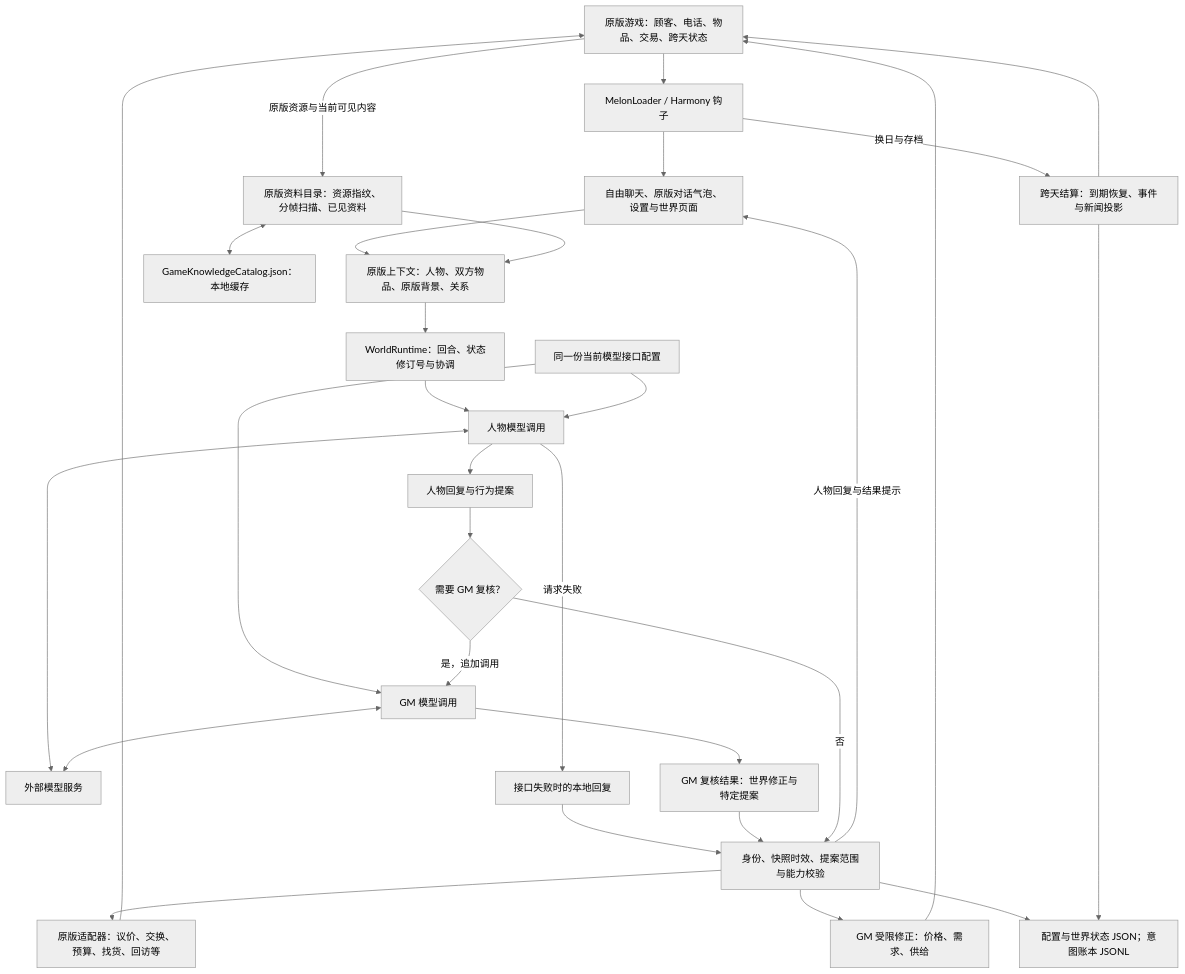
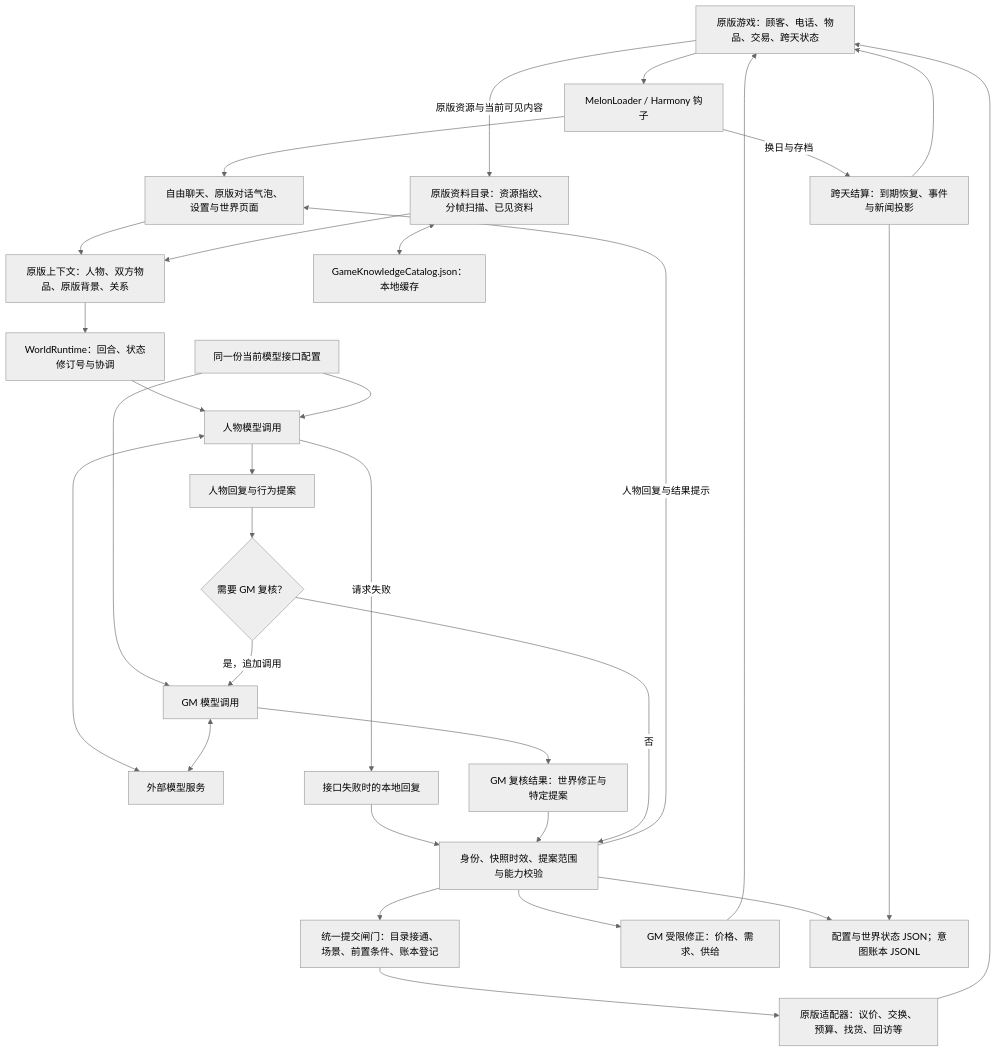
Before and after one commit to Codesoulme/shenkongdangpuMOD: the diagram in docs/Architecture_zh-CN.md, drawn with Mermaid (neutral theme). The commit also changed other lines of this file and 8 other files, not shown here.

````diff
--- a/docs/Architecture_zh-CN.md
+++ b/docs/Architecture_zh-CN.md
@@ -5,42 +5,43 @@
 ```mermaid
 flowchart TD
     GAME["原版游戏：顾客、电话、物品、交易、跨天状态"]
     HOOK["MelonLoader / Harmony 钩子"]
     UI["自由聊天、原版对话气泡、设置与世界页面"]
     CONTEXT["原版上下文：人物、双方物品、原版背景、关系"]
     INDEX["原版资料目录：资源指纹、分帧扫描、已见资料"]
     CACHE["GameKnowledgeCatalog.json：本地缓存"]
     RUNTIME["WorldRuntime：回合、状态修订号与协调"]
     PROFILE["同一份当前模型接口配置"]
     PERSON_CALL["人物模型调用"]
     GM_CALL["GM 模型调用"]
     MODEL["外部模型服务"]
     CHARACTER["人物回复与行为提案"]
     DECISION{"需要 GM 复核？"}
     GM["GM 复核结果：世界修正与特定提案"]
     FALLBACK["接口失败时的本地回复"]
     CHECK["身份、快照时效、提案范围与能力校验"]
+    GATE["统一提交闸门：目录接通、场景、前置条件、账本登记"]
     ADAPTER["原版适配器：议价、交换、预算、找货、回访等"]
     WORLD["GM 受限修正：价格、需求、供给"]
     STORE["配置与世界状态 JSON；意图账本 JSONL"]
     DAY["跨天结算：到期恢复、事件与新闻投影"]
 
     GAME --> HOOK --> UI --> CONTEXT --> RUNTIME
     GAME -- 原版资源与当前可见内容 --> INDEX --> CONTEXT
     INDEX <--> CACHE
     RUNTIME --> PERSON_CALL
     PROFILE --> PERSON_CALL
     PROFILE --> GM_CALL
     PERSON_CALL <--> MODEL
     GM_CALL <--> MODEL
     PERSON_CALL --> CHARACTER --> DECISION
     PERSON_CALL -- 请求失败 --> FALLBACK --> CHECK
     DECISION -- 是，追加调用 --> GM_CALL --> GM --> CHECK
     DECISION -- 否 --> CHECK
-    CHECK --> ADAPTER --> GAME
+    CHECK --> GATE --> ADAPTER --> GAME
     CHECK --> WORLD --> GAME
     CHECK --> STORE
     HOOK -- 换日与存档 --> DAY --> STORE
     DAY --> GAME
     CHECK -- 人物回复与结果提示 --> UI
 ```
````
